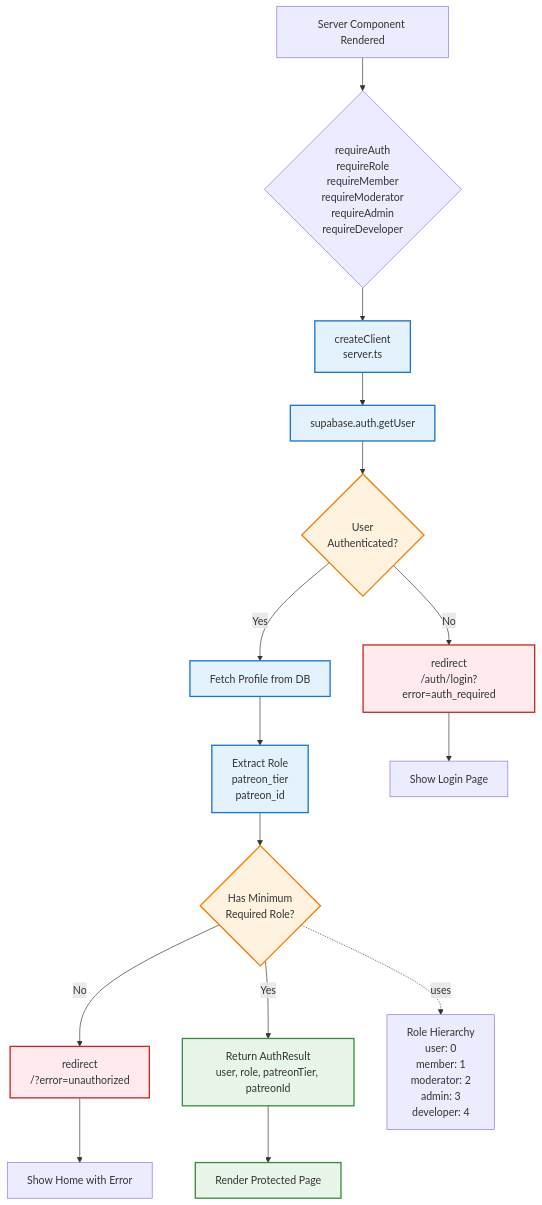
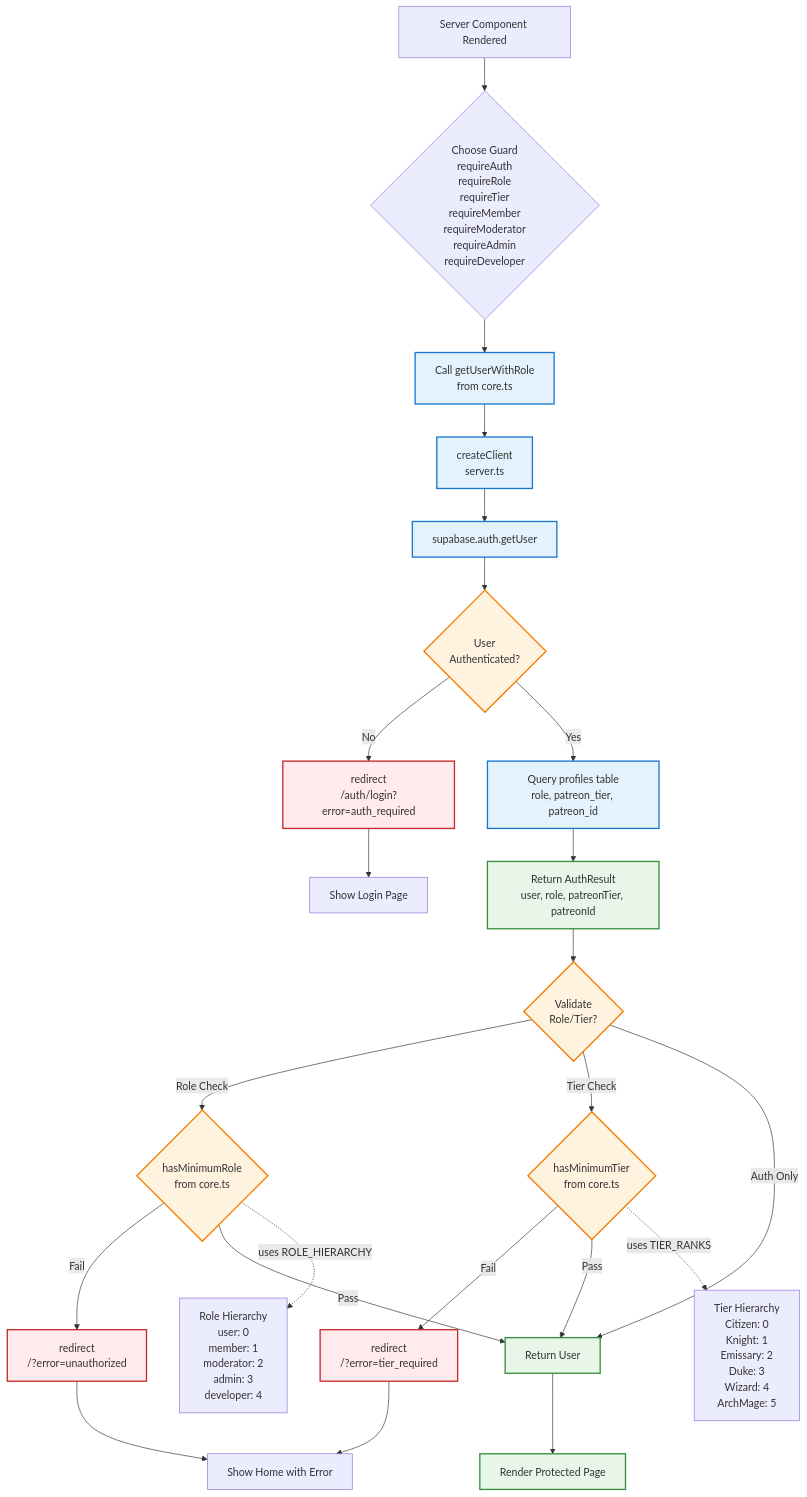
Before and after one commit to the-muppet/defcat-website: the second of 5 diagrams in docs/diagrams/authentication-flow.md, drawn with Mermaid. The commit also changed other lines of this file, not shown here.

Commit message:
Revise authentication and authorization flow documentation for multi-tier and role-based guards

````diff
--- a/docs/diagrams/authentication-flow.md
+++ b/docs/diagrams/authentication-flow.md
@@ -70,37 +70,47 @@
 ```mermaid
 flowchart TD
-    Start[Server Component Rendered] --> RequireAuth{requireAuth<br/>requireRole<br/>requireMember<br/>requireModerator<br/>requireAdmin<br/>requireDeveloper}
+    Start[Server Component Rendered] --> RequireAuth{Choose Guard<br/>requireAuth<br/>requireRole<br/>requireTier<br/>requireMember<br/>requireModerator<br/>requireAdmin<br/>requireDeveloper}
 
-    RequireAuth --> CreateClient[createClient<br/>server.ts]
+    RequireAuth --> CoreAuth[Call getUserWithRole<br/>from core.ts]
+    CoreAuth --> CreateClient[createClient<br/>server.ts]
     CreateClient --> GetUser[supabase.auth.getUser]
     GetUser --> UserExists{User<br/>Authenticated?}
 
     UserExists -->|No| RedirectLogin[redirect<br/>/auth/login?error=auth_required]
-    UserExists -->|Yes| FetchProfile[Fetch Profile from DB]
+    UserExists -->|Yes| FetchProfile[Query profiles table<br/>role, patreon_tier, patreon_id]
 
-    FetchProfile --> GetRole[Extract Role<br/>patreon_tier<br/>patreon_id]
-    GetRole --> CheckRole{Has Minimum<br/>Required Role?}
+    FetchProfile --> ReturnAuthResult[Return AuthResult<br/>user, role, patreonTier, patreonId]
+    ReturnAuthResult --> ValidateAccess{Validate<br/>Role/Tier?}
 
-    CheckRole -->|No| RedirectHome[redirect<br/>/?error=unauthorized]
-    CheckRole -->|Yes| ReturnAuthResult[Return AuthResult<br/>user, role, patreonTier, patreonId]
+    ValidateAccess -->|Role Check| CheckRole{hasMinimumRole<br/>from core.ts}
+    ValidateAccess -->|Tier Check| CheckTier{hasMinimumTier<br/>from core.ts}
+    ValidateAccess -->|Auth Only| Success[Return User]
 
-    ReturnAuthResult --> RenderPage[Render Protected Page]
+    CheckRole -->|Fail| RedirectHome[redirect<br/>/?error=unauthorized]
+    CheckRole -->|Pass| Success
+    CheckTier -->|Fail| RedirectTier[redirect<br/>/?error=tier_required]
+    CheckTier -->|Pass| Success
+
+    Success --> RenderPage[Render Protected Page]
     RedirectLogin --> ShowLogin[Show Login Page]
     RedirectHome --> ShowHome[Show Home with Error]
+    RedirectTier --> ShowHome
 
-    %% Role Hierarchy Note
+    %% Hierarchy Notes
     RoleHierarchy[Role Hierarchy<br/>user: 0<br/>member: 1<br/>moderator: 2<br/>admin: 3<br/>developer: 4]
+    TierHierarchy[Tier Hierarchy<br/>Citizen: 0<br/>Knight: 1<br/>Emissary: 2<br/>Duke: 3<br/>Wizard: 4<br/>ArchMage: 5]
 
-    CheckRole -.uses.-> RoleHierarchy
+    CheckRole -.uses ROLE_HIERARCHY.-> RoleHierarchy
+    CheckTier -.uses TIER_RANKS.-> TierHierarchy
 
     %% Styling
     classDef success fill:#e8f5e9,stroke:#388e3c,stroke-width:2px
     classDef error fill:#ffebee,stroke:#c62828,stroke-width:2px
     classDef process fill:#e3f2fd,stroke:#1976d2,stroke-width:2px
     classDef decision fill:#fff3e0,stroke:#f57c00,stroke-width:2px
 
-    class RenderPage,ReturnAuthResult success
-    class RedirectLogin,RedirectHome error
-    class CreateClient,GetUser,FetchProfile,GetRole process
-    class UserExists,CheckRole decision
+    class RenderPage,ReturnAuthResult,Success success
+    class RedirectLogin,RedirectHome,RedirectTier error
+    class CreateClient,GetUser,FetchProfile,CoreAuth process
+    class UserExists,CheckRole,CheckTier,ValidateAccess decision
 ```
````
